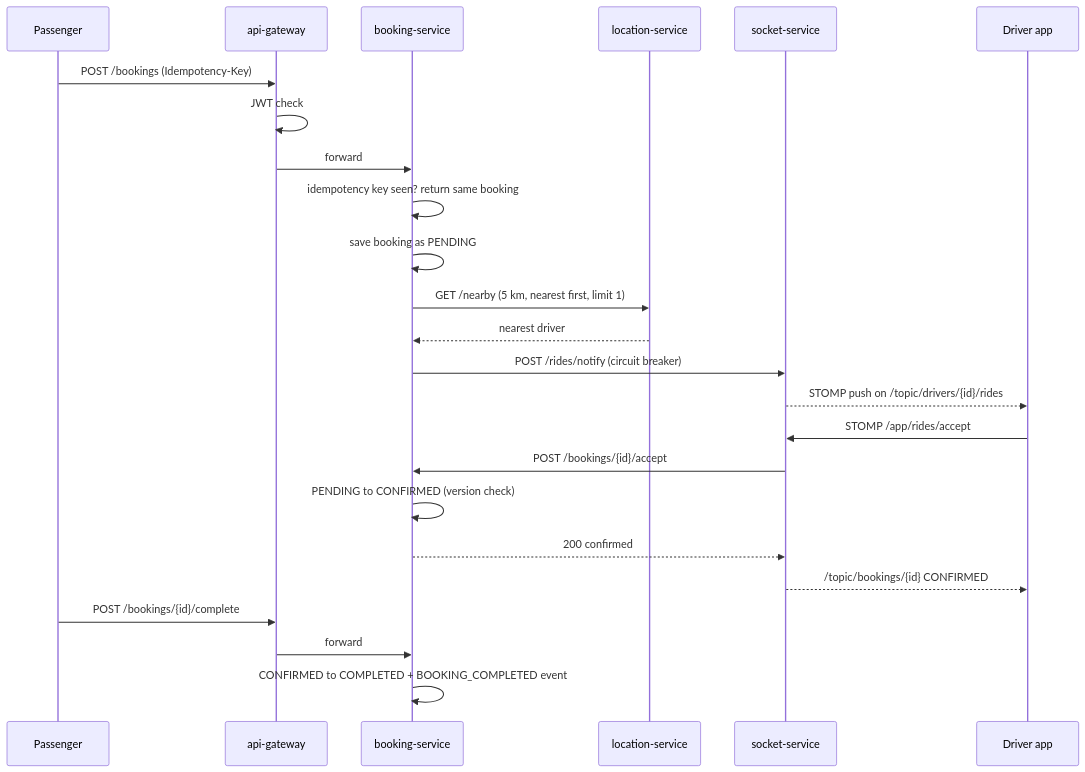
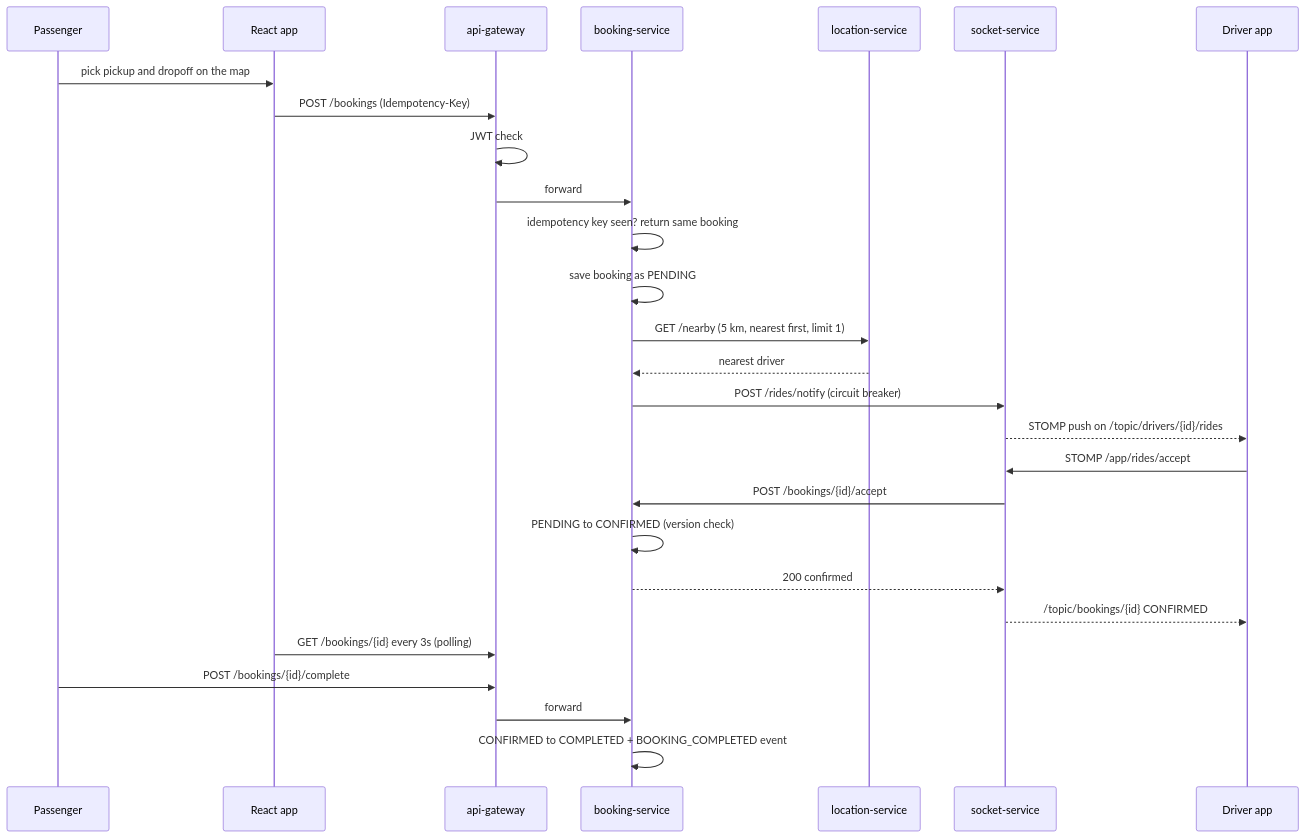
The fourth of 6 diagrams in docs/HLD.md (piyush932/uber-ride-platform), drawn with Mermaid before and after one commit. The commit also changed other lines of this file and 2 other files, not shown here.

````diff
--- a/docs/HLD.md
+++ b/docs/HLD.md
@@ -103,27 +103,30 @@
 ```mermaid
 sequenceDiagram
     participant P as Passenger
+    participant UI as React app
     participant GW as api-gateway
     participant B as booking-service
     participant L as location-service
     participant S as socket-service
     participant D as Driver app
 
-    P->>GW: POST /bookings (Idempotency-Key)
+    P->>UI: pick pickup and dropoff on the map
+    UI->>GW: POST /bookings (Idempotency-Key)
     GW->>GW: JWT check
     GW->>B: forward
     B->>B: idempotency key seen? return same booking
     B->>B: save booking as PENDING
     B->>L: GET /nearby (5 km, nearest first, limit 1)
     L-->>B: nearest driver
     B->>S: POST /rides/notify (circuit breaker)
     S-->>D: STOMP push on /topic/drivers/{id}/rides
     D->>S: STOMP /app/rides/accept
     S->>B: POST /bookings/{id}/accept
     B->>B: PENDING to CONFIRMED (version check)
     B-->>S: 200 confirmed
     S-->>D: /topic/bookings/{id} CONFIRMED
+    UI->>GW: GET /bookings/{id} every 3s (polling)
     P->>GW: POST /bookings/{id}/complete
     GW->>B: forward
     B->>B: CONFIRMED to COMPLETED + BOOKING_COMPLETED event
 ```
````
